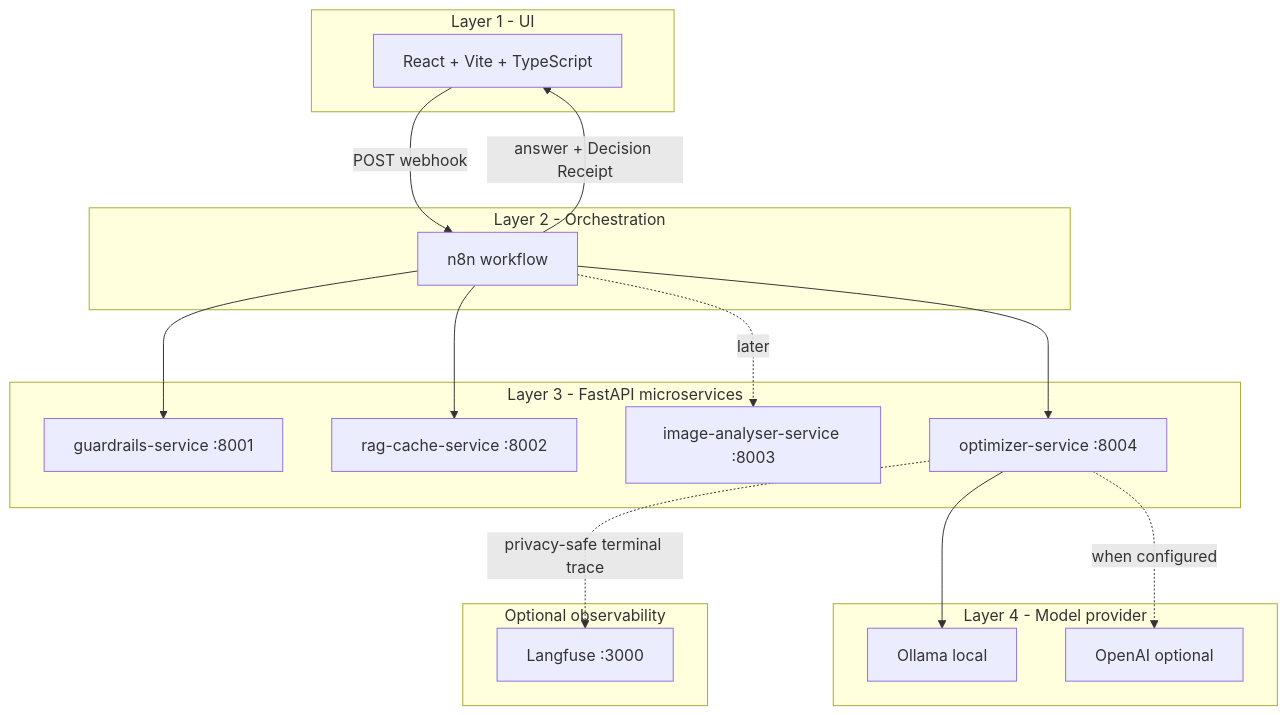
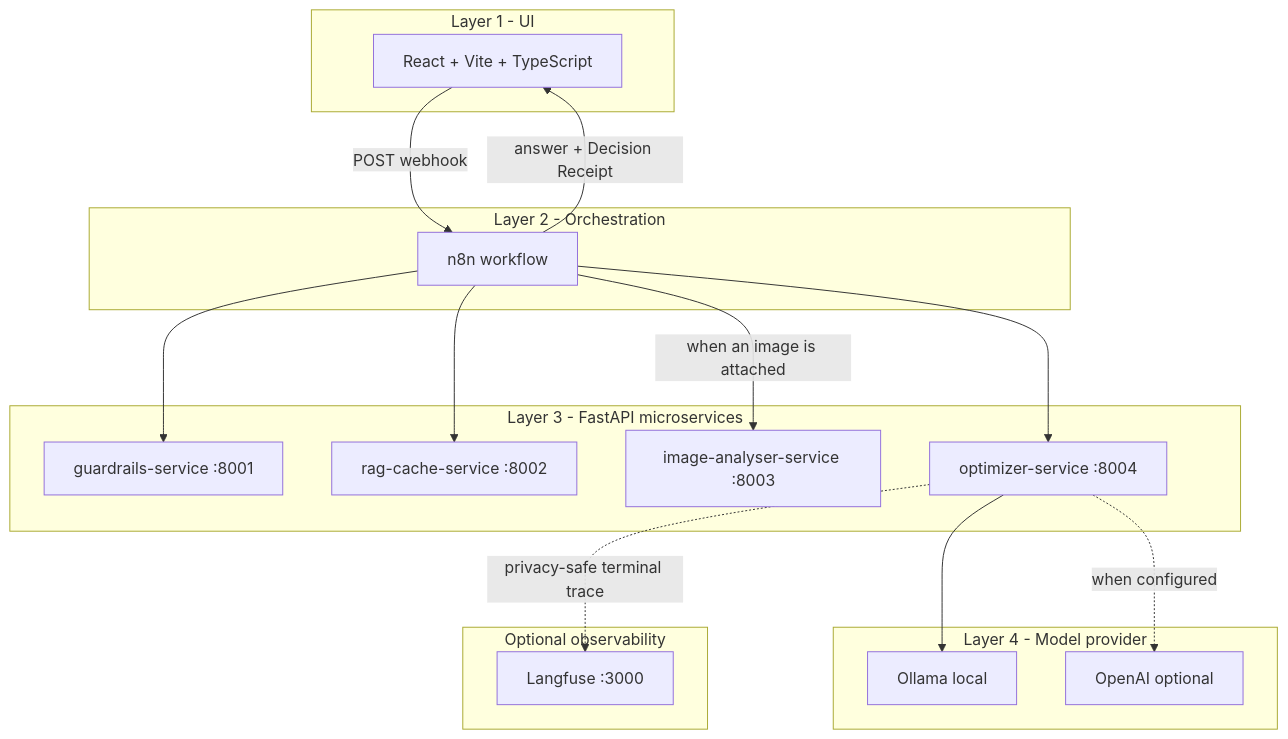
Before and after one commit to tomeryoel/tokenwise: the diagram in README.md, drawn with Mermaid. The commit also changed other lines of this file and 12 other files, not shown here.

````diff
--- a/README.md
+++ b/README.md
@@ -22,32 +24,32 @@
 ```mermaid
 flowchart TB
     subgraph L1 [Layer 1 - UI]
         UI["React + Vite + TypeScript"]
     end
     subgraph L2 [Layer 2 - Orchestration]
         N8N["n8n workflow"]
     end
     subgraph L3 [Layer 3 - FastAPI microservices]
         GR["guardrails-service :8001"]
         RAG["rag-cache-service :8002"]
         IMG["image-analyser-service :8003"]
         OPT["optimizer-service :8004"]
     end
     subgraph L4 [Layer 4 - Model provider]
         OLLAMA["Ollama local"]
         OPENAI["OpenAI optional"]
     end
     subgraph OBS [Optional observability]
         LF["Langfuse :3000"]
     end
 
     UI -->|POST webhook| N8N
     N8N --> GR
     N8N --> RAG
     N8N --> OPT
-    N8N -. later .-> IMG
+    N8N -->|when an image is attached| IMG
     OPT --> OLLAMA
     OPT -. when configured .-> OPENAI
     OPT -. privacy-safe terminal trace .-> LF
     N8N -->|answer + Decision Receipt| UI
 ```
````
